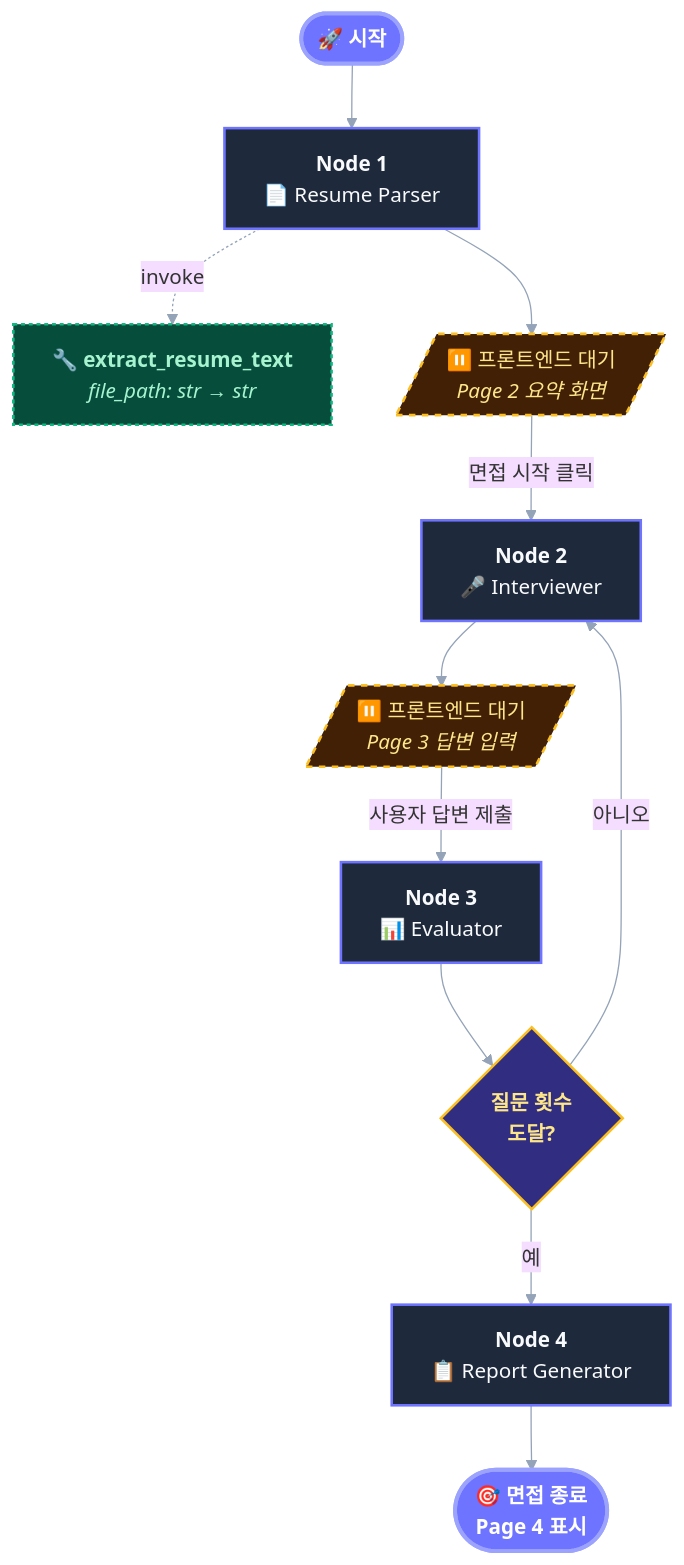
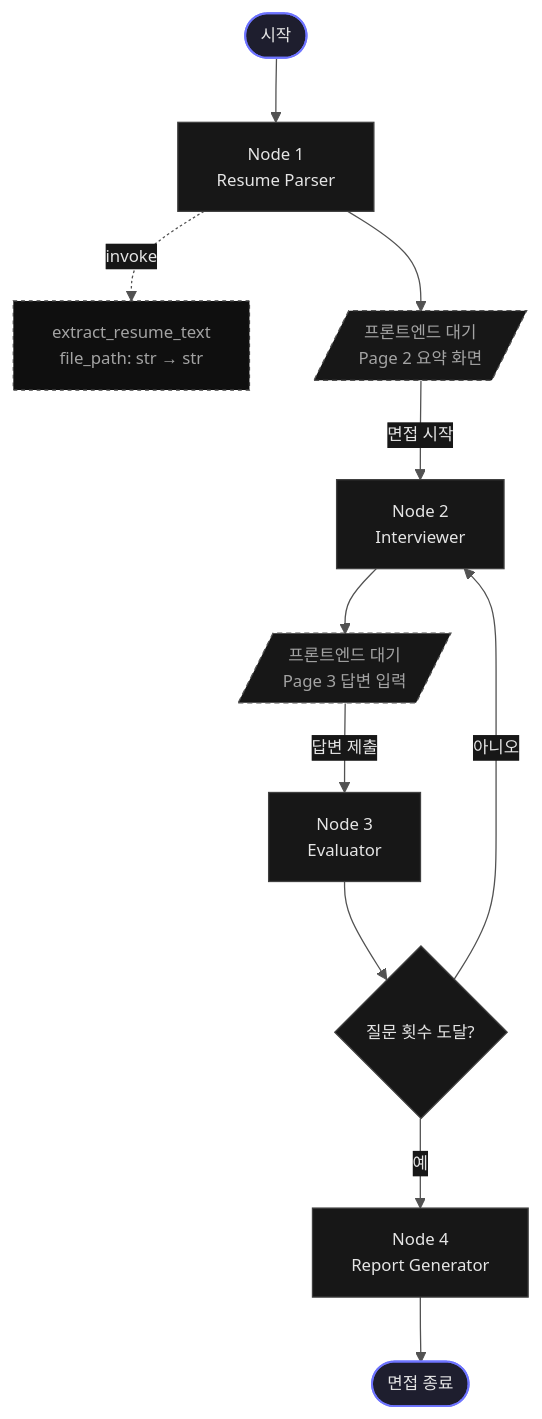
The diagram in backend/README.md (Origogi/mock-interview-agent), drawn with Mermaid before and after one commit.

Commit message:
docs(backend): mermaid 미니멀 다크 톤으로 재정비
- 다중 컬러(노랑/초록 등) 제거, accent 단 한 곳(시작/종료)에만 사용
- 이모지 및 HTML 강조 태그 제거, 형태로만 위계 구분
- 가는 stroke + 무채색 다크 fill로 v2 Apple-style 톤 일관성 확보

````diff
--- a/backend/README.md
+++ b/backend/README.md
@@ -19,35 +19,35 @@
 ```mermaid
 %%{init: {
   'theme': 'base',
   'themeVariables': {
     'fontFamily': 'Inter, system-ui, sans-serif',
-    'lineColor': '#94a3b8'
+    'fontSize': '13px',
+    'lineColor': '#525252',
+    'primaryColor': '#171717',
+    'primaryTextColor': '#e5e5e5',
+    'primaryBorderColor': '#404040'
   }
 }}%%
 graph TD
-    START([🚀 시작]) --> Node1[<b>Node 1</b><br/>📄 Resume Parser]
+    START([시작]) --> Node1[Node 1<br/>Resume Parser]
 
-    Node1 -.->|invoke| Tool1[🔧 <b>extract_resume_text</b><br/><i>file_path: str → str</i>]
-    Node1 --> Pause1[/⏸️ 프론트엔드 대기<br/><i>Page 2 요약 화면</i>/]
+    Node1 -.->|invoke| Tool1[extract_resume_text<br/>file_path: str → str]
+    Node1 --> Pause1[/프론트엔드 대기<br/>Page 2 요약 화면/]
 
-    Pause1 -->|면접 시작 클릭| Node2[<b>Node 2</b><br/>🎤 Interviewer]
-    Node2 --> Pause2[/⏸️ 프론트엔드 대기<br/><i>Page 3 답변 입력</i>/]
-    Pause2 -->|사용자 답변 제출| Node3[<b>Node 3</b><br/>📊 Evaluator]
-    Node3 --> Check{<b>질문 횟수<br/>도달?</b>}
+    Pause1 -->|면접 시작| Node2[Node 2<br/>Interviewer]
+    Node2 --> Pause2[/프론트엔드 대기<br/>Page 3 답변 입력/]
+    Pause2 -->|답변 제출| Node3[Node 3<br/>Evaluator]
+    Node3 --> Check{질문 횟수 도달?}
 
     Check -->|아니오| Node2
-    Check -->|예| Node4[<b>Node 4</b><br/>📋 Report Generator]
-    Node4 --> END([🎯 면접 종료<br/>Page 4 표시])
+    Check -->|예| Node4[Node 4<br/>Report Generator]
+    Node4 --> END([면접 종료])
 
-    classDef startEnd fill:#6e74ff,stroke:#9ca3ff,stroke-width:3px,color:#fff,font-weight:bold;
-    classDef node fill:#1e293b,stroke:#6e74ff,stroke-width:2px,color:#f8fafc;
-    classDef pause fill:#422006,stroke:#fbbf24,stroke-width:2px,color:#fde68a,stroke-dasharray: 5 5;
-    classDef condition fill:#312e81,stroke:#fbbf24,stroke-width:2px,color:#fde68a;
-    classDef tool fill:#064e3b,stroke:#10b981,stroke-width:2px,color:#a7f3d0,stroke-dasharray: 3 3;
+    classDef accent fill:#1e1e2e,stroke:#6e74ff,stroke-width:1.5px,color:#e5e5e5;
+    classDef pause fill:#171717,stroke:#525252,stroke-width:1px,color:#a3a3a3,stroke-dasharray: 4 3;
+    classDef tool fill:#0f0f0f,stroke:#404040,stroke-width:1px,color:#a3a3a3,stroke-dasharray: 3 3;
 
-    class START,END startEnd;
-    class Node1,Node2,Node3,Node4 node;
+    class START,END accent;
     class Pause1,Pause2 pause;
-    class Check condition;
     class Tool1 tool;
 ```
````
